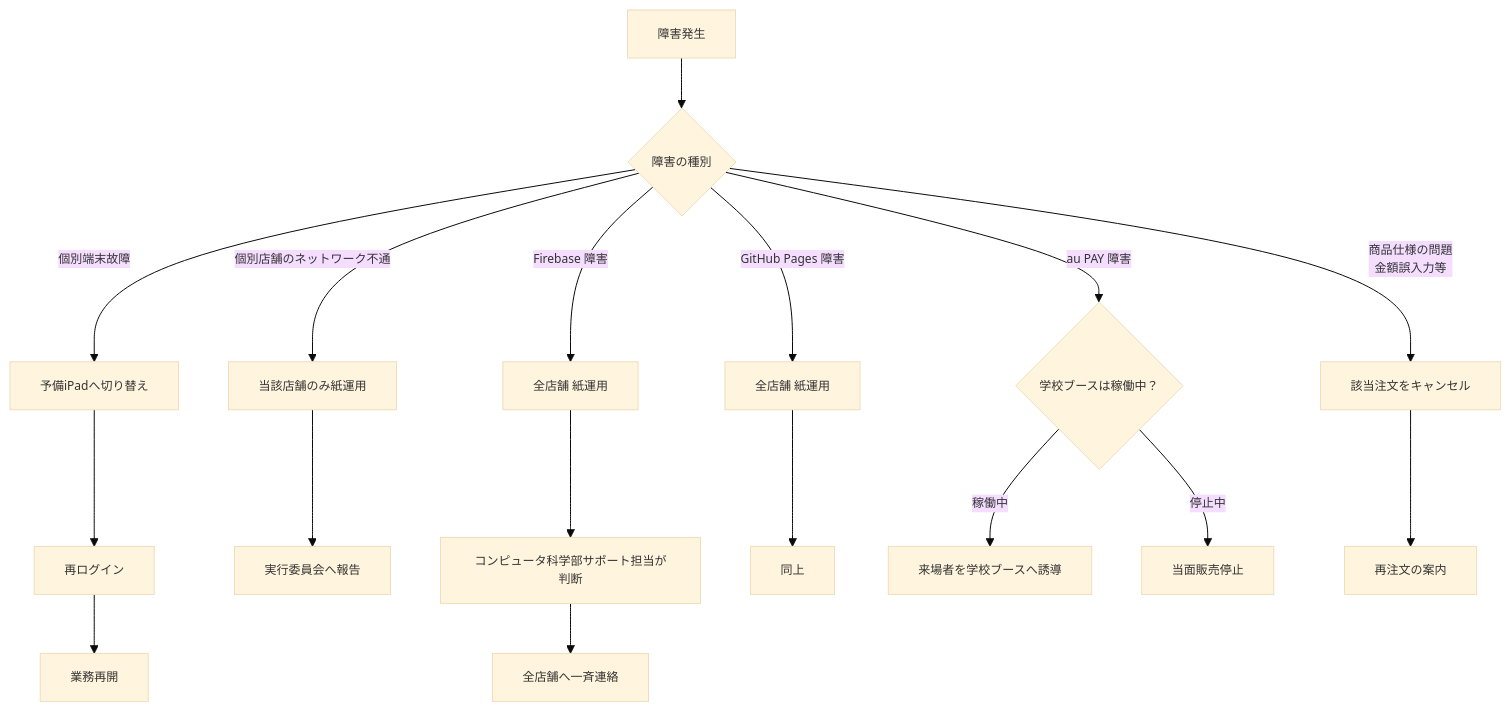
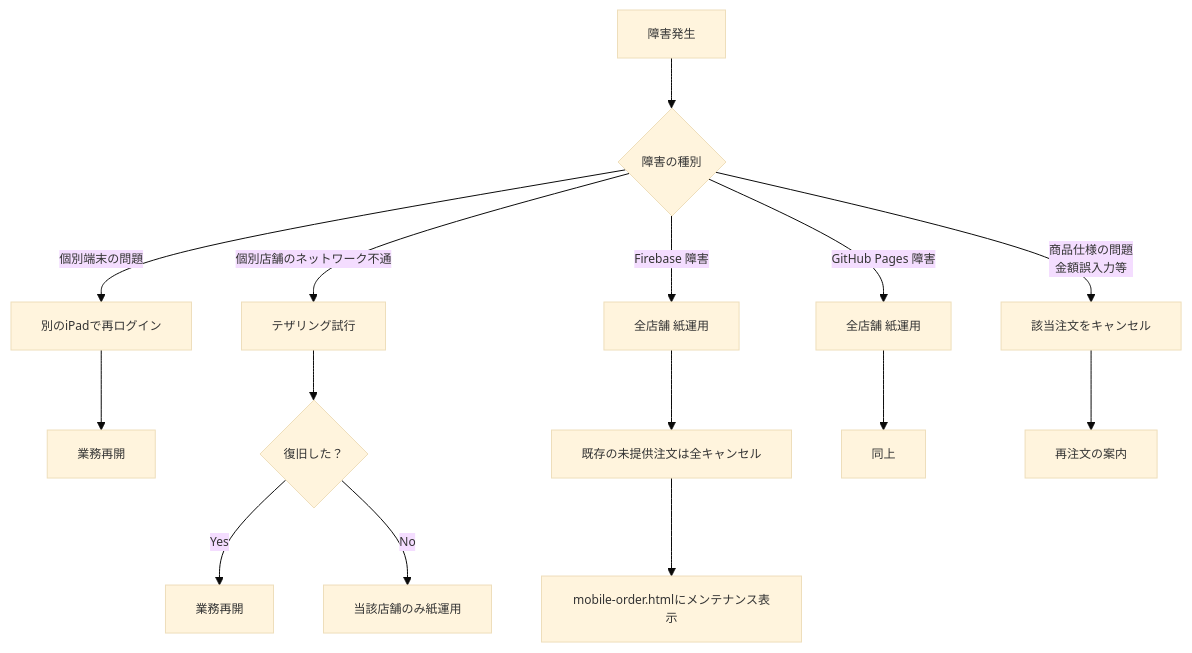
Diagram 17 of 17 in 設計図/南陵祭2026 POS・モバイルオーダーシステム 設計計画書.md (ynr-cs/nanryosai2026), drawn with Mermaid before and after one commit. The commit also changed other lines of this file and 14 other files, not shown here.

````diff
--- a/設計図/南陵祭2026 POS・モバイルオーダーシステム 設計計画書.md
+++ b/設計図/南陵祭2026 POS・モバイルオーダーシステム 設計計画書.md
@@ -4845,26 +4727,23 @@
 ```mermaid
 %%{init: {'theme': 'base', 'themeVariables': { 'fontSize': '12px' }}}%%
 flowchart TD
     A[障害発生] --> B{障害の種別}
-    
-    B -->|個別端末故障| C[予備iPadへ切り替え]
-    C --> C1[再ログイン]
-    C1 --> C2[業務再開]
-    
-    B -->|個別店舗のネットワーク不通| D[当該店舗のみ紙運用]
-    D --> D1[実行委員会へ報告]
-    
+
+    B -->|個別端末の問題| C[別のiPadで再ログイン]
+    C --> C1[業務再開]
+
+    B -->|個別店舗のネットワーク不通| D[テザリング試行]
+    D --> D1{復旧した？}
+    D1 -->|Yes| D2[業務再開]
+    D1 -->|No| D3[当該店舗のみ紙運用]
+
     B -->|Firebase 障害| E[全店舗 紙運用]
-    E --> E1[コンピュータ科学部サポート担当が判断]
-    E1 --> E2[全店舗へ一斉連絡]
-    
+    E --> E1[既存の未提供注文は全キャンセル]
+    E1 --> E2[mobile-order.htmlにメンテナンス表示]
+
     B -->|GitHub Pages 障害| F[全店舗 紙運用]
     F --> F1[同上]
-    
-    B -->|au PAY 障害| G{学校ブースは稼働中？}
-    G -->|稼働中| G1[来場者を学校ブースへ誘導]
-    G -->|停止中| G2[当面販売停止]
-    
-    B -->|商品仕様の問題<br/>金額誤入力等| H[該当注文をキャンセル]
-    H --> H1[再注文の案内]
+
+    B -->|商品仕様の問題<br/>金額誤入力等| G[該当注文をキャンセル]
+    G --> G1[再注文の案内]
 ```
````
